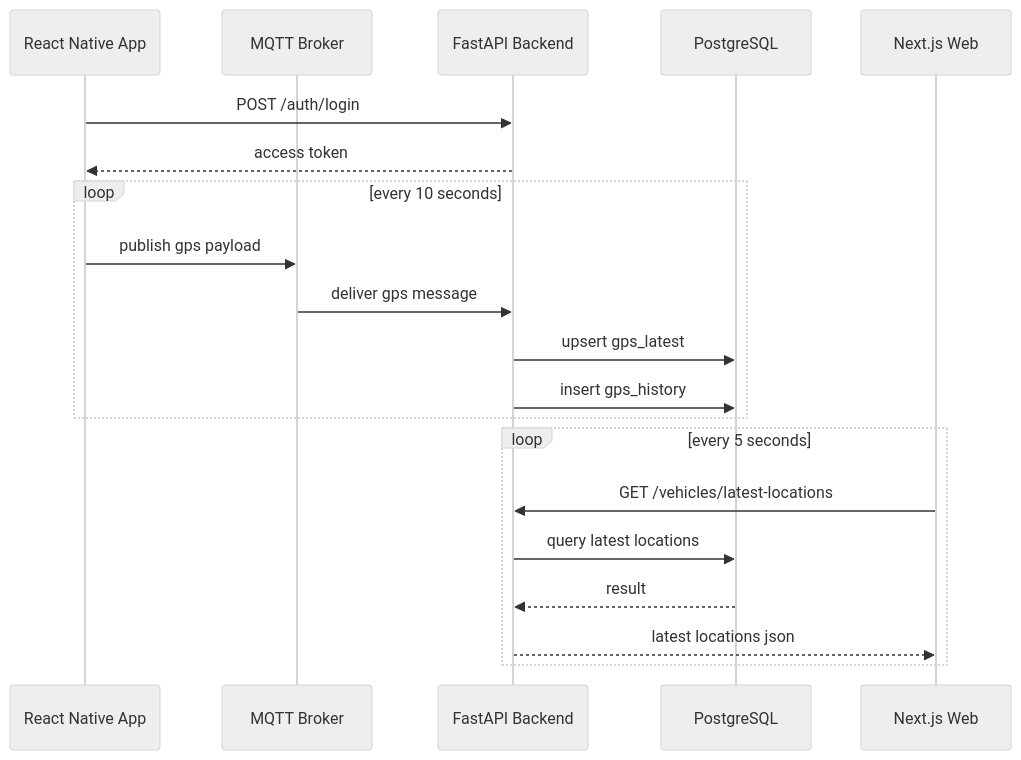
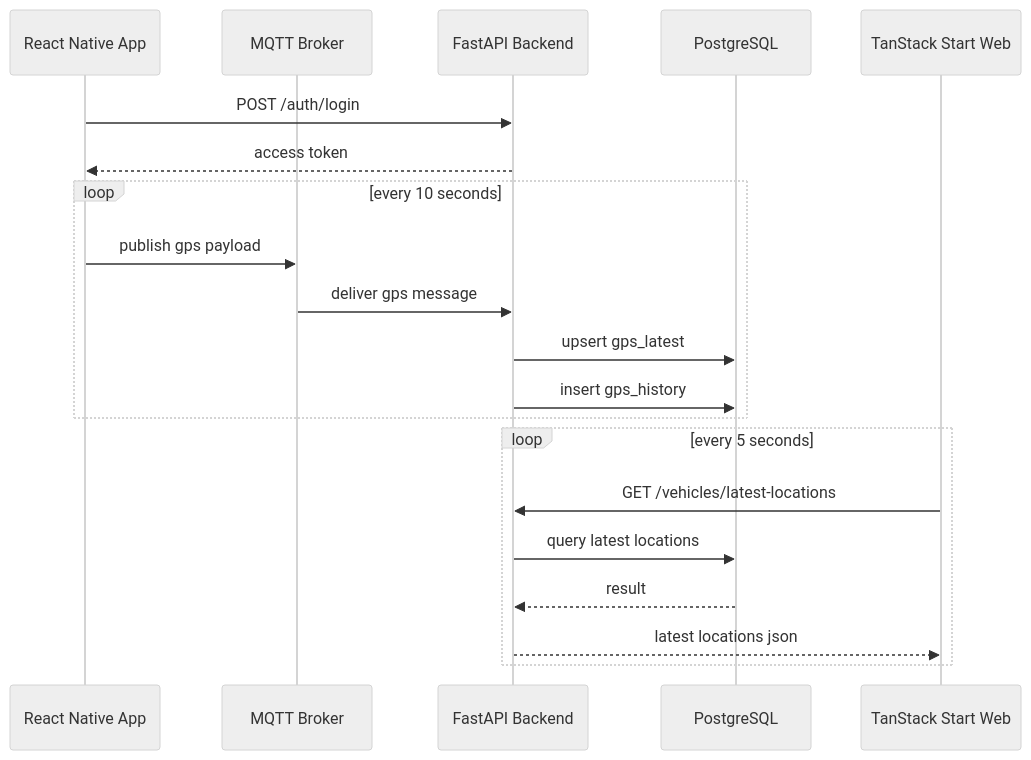
The second of 4 diagrams in docs/rfc-fms-design_zhTW.md (Luciano0322/fleet_management_system), drawn with Mermaid (neutral theme) before and after one commit. The commit also changed other lines of this file and 1 other file, not shown here.

````diff
--- a/docs/rfc-fms-design_zhTW.md
+++ b/docs/rfc-fms-design_zhTW.md
@@ -269,25 +289,25 @@
 ```mermaid
 sequenceDiagram
     participant Mobile as React Native App
     participant Broker as MQTT Broker
     participant API as FastAPI Backend
     participant DB as PostgreSQL
-    participant Web as Next.js Web
+    participant Web as TanStack Start Web
 
     Mobile->>API: POST /auth/login
     API-->>Mobile: access token
 
     loop every 10 seconds
         Mobile->>Broker: publish gps payload
         Broker->>API: deliver gps message
         API->>DB: upsert gps_latest
         API->>DB: insert gps_history
     end
 
     loop every 5 seconds
         Web->>API: GET /vehicles/latest-locations
         API->>DB: query latest locations
         DB-->>API: result
         API-->>Web: latest locations json
     end
 ```
````
